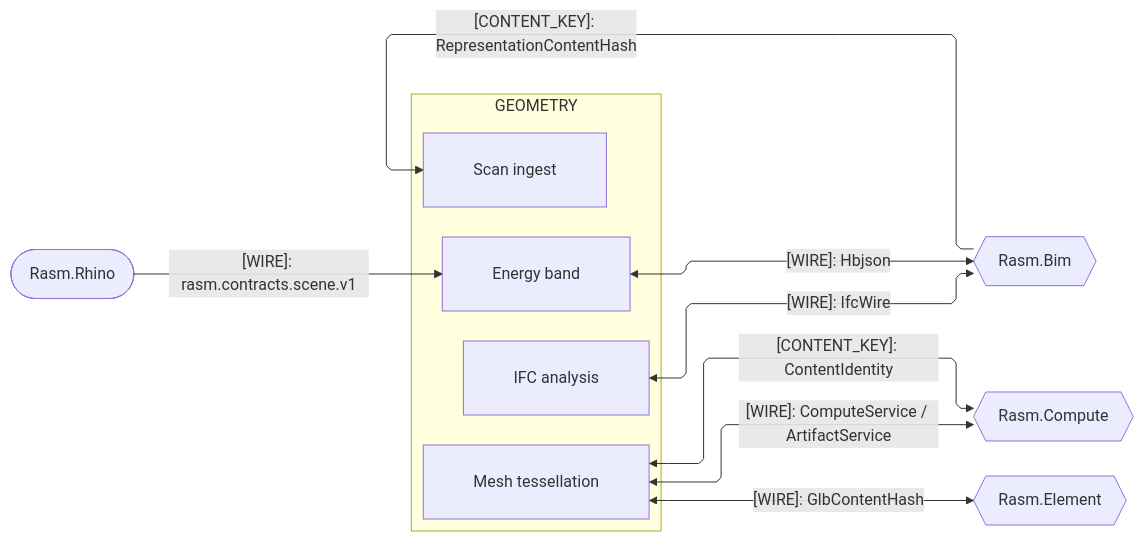
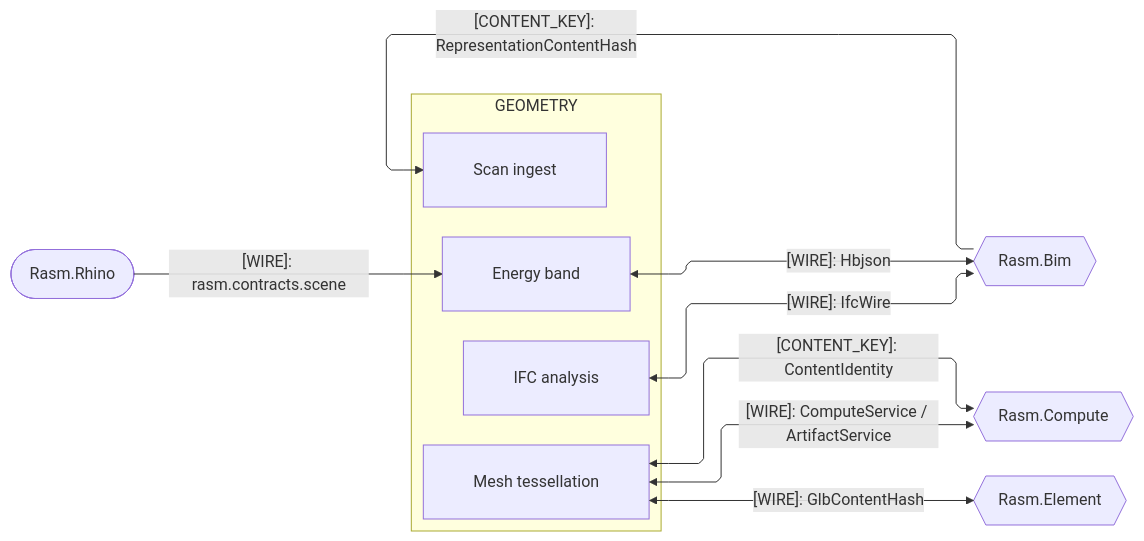
The second of 4 diagrams in libs/python/geometry/ARCHITECTURE.md (bsamiee/Rasm), drawn with Mermaid before and after one commit. The commit also changed other lines of this file and 640 other files, not shown here.

````diff
--- a/libs/python/geometry/ARCHITECTURE.md
+++ b/libs/python/geometry/ARCHITECTURE.md
@@ -91,29 +91,29 @@
 ```mermaid
 ---
 config:
   layout: elk
   flowchart:
     curve: linear
     padding: 25
 ---
 flowchart LR
     accTitle: Geometry cross-runtime C# peer seams
     accDescr: Which kinded contracts cross between the geometry owners and the C# peers.
     subgraph geometry[GEOMETRY]
         Mesh[Mesh tessellation]
         Ifc[IFC analysis]
         Scan[Scan ingest]
         Energy[Energy band]
     end
     Bim{{Rasm.Bim}}
     Compute{{Rasm.Compute}}
     Element{{Rasm.Element}}
     Rhino([Rasm.Rhino])
     Mesh e1@<-->|"[WIRE]: ComputeService / ArtifactService"| Compute
     Mesh e2@<-->|"[CONTENT_KEY]: ContentIdentity"| Compute
     Mesh e3@<-->|"[WIRE]: GlbContentHash"| Element
     Ifc e4@<-->|"[WIRE]: IfcWire"| Bim
     Bim e6@-->|"[CONTENT_KEY]: RepresentationContentHash"| Scan
     Energy e7@<-->|"[WIRE]: Hbjson"| Bim
-    Rhino e8@-->|"[WIRE]: rasm.contracts.scene.v1"| Energy
+    Rhino e8@-->|"[WIRE]: rasm.contracts.scene"| Energy
 ```
````
